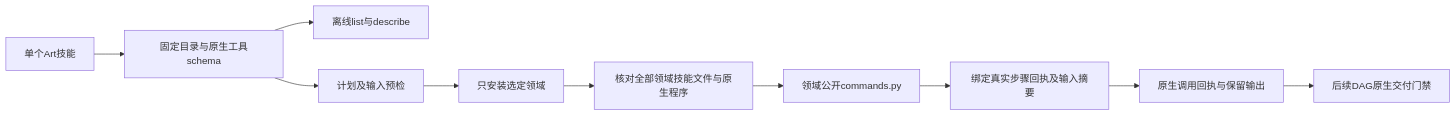
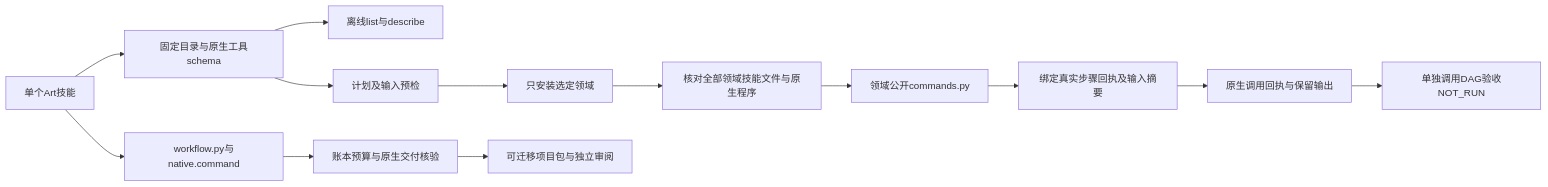
One commit to full-aigc-plugins/artcraft-plugin changed the first of 2 diagrams in docs/ArtCraft-Complete-Domain-Commands-Architecture.zh_CN.md. Above: the diagram before and after it, drawn with Mermaid. The commit also changed other lines of this file and 5 other files, not shown here.

````diff
--- a/docs/ArtCraft-Complete-Domain-Commands-Architecture.zh_CN.md
+++ b/docs/ArtCraft-Complete-Domain-Commands-Architecture.zh_CN.md
@@ -5,12 +5,15 @@
 ```mermaid
 flowchart LR
     A[单个Art技能] --> B[固定目录与原生工具schema]
     B --> C[离线list与describe]
     B --> D[计划及输入预检]
     D --> E[只安装选定领域]
     E --> F[核对全部领域技能文件与原生程序]
     F --> G[领域公开commands.py]
     G --> H[绑定真实步骤回执及输入摘要]
     H --> I[原生调用回执与保留输出]
-    I --> J[后续DAG原生交付门禁]
+    I --> J[单独调用DAG验收NOT_RUN]
+    A --> W[workflow.py与native.command]
+    W --> X[账本预算与原生交付核验]
+    X --> Y[可迁移项目包与独立审阅]
 ```
````
